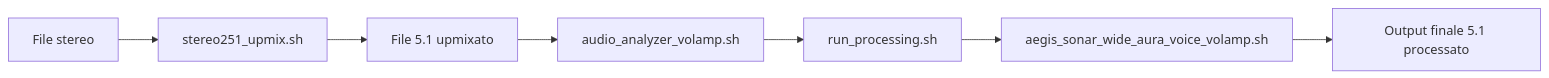
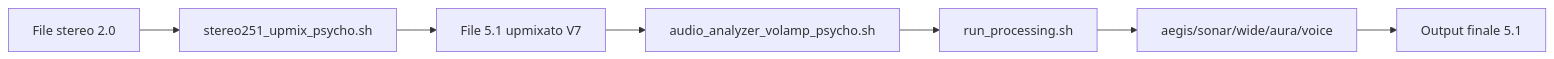
Before and after one commit to Damocle77/Sonar_AC3D: the third of 5 diagrams in README.md, drawn with Mermaid. The commit also changed other lines of this file, not shown here.

````diff
--- a/README.md
+++ b/README.md
@@ -267,9 +529,9 @@
 ```mermaid
 flowchart LR
-    A[File stereo] --> B[stereo251_upmix.sh]
-    B --> C[File 5.1 upmixato]
-    C --> D[audio_analyzer_volamp.sh]
+    A[File stereo 2.0] --> B[stereo251_upmix_psycho.sh]
+    B --> C[File 5.1 upmixato V7]
+    C --> D[audio_analyzer_volamp_psycho.sh]
     D --> E[run_processing.sh]
-    E --> F[aegis_sonar_wide_aura_voice_volamp.sh]
-    F --> G[Output finale 5.1 processato]
+    E --> F[aegis/sonar/wide/aura/voice]
+    F --> G[Output finale 5.1]
 ```
````
